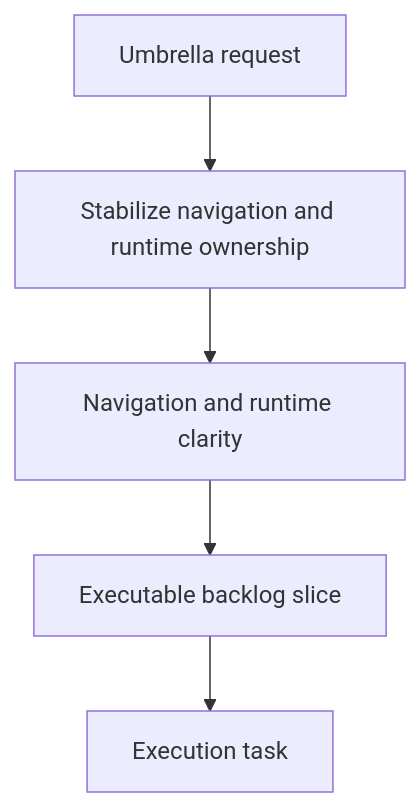
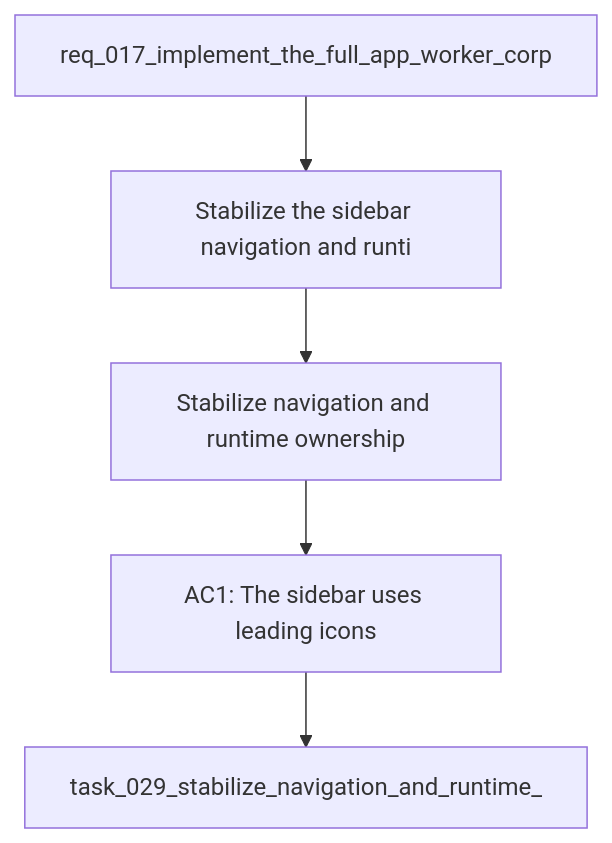
One commit to AlexAgo83/deepvault changed the diagram in logics/backlog/item_061_stabilize_navigation_and_runtime_ownership.md. Above: the diagram before and after it, drawn with Mermaid. The commit also changed other lines of this file and 10 other files, not shown here.

Commit message:
chore(logics): close umbrella plan and sync workflow docs

````diff
--- a/logics/backlog/item_061_stabilize_navigation_and_runtime_ownership.md
+++ b/logics/backlog/item_061_stabilize_navigation_and_runtime_ownership.md
@@ -21,9 +21,9 @@
 ```mermaid
 %% logics-kind: backlog
-%% logics-signature: backlog|stabilize-navigation-and-runtime-ownersh|req-017-implement-the-full-app-worker-co|navigation-and-runtime-clarity|ac1-the-sidebar-uses-leading-icons
+%% logics-signature: backlog|stabilize-navigation-and-runtime-ownersh|req-017-implement-the-full-app-worker-co|stabilize-the-sidebar-navigation-and-run|ac1-the-sidebar-uses-leading-icons
 flowchart TD
-    Request[Umbrella request] --> Problem[Stabilize navigation and runtime ownership]
-    Problem --> Scope[Navigation and runtime clarity]
-    Scope --> Acceptance[Executable backlog slice]
-    Acceptance --> Tasks[Execution task]
+    Request[req_017_implement_the_full_app_worker_corp] --> Problem[Stabilize the sidebar navigation and runti]
+    Problem --> Scope[Stabilize navigation and runtime ownership]
+    Scope --> Acceptance[AC1: The sidebar uses leading icons]
+    Acceptance --> Tasks[task_029_stabilize_navigation_and_runtime_]
 ```
````
